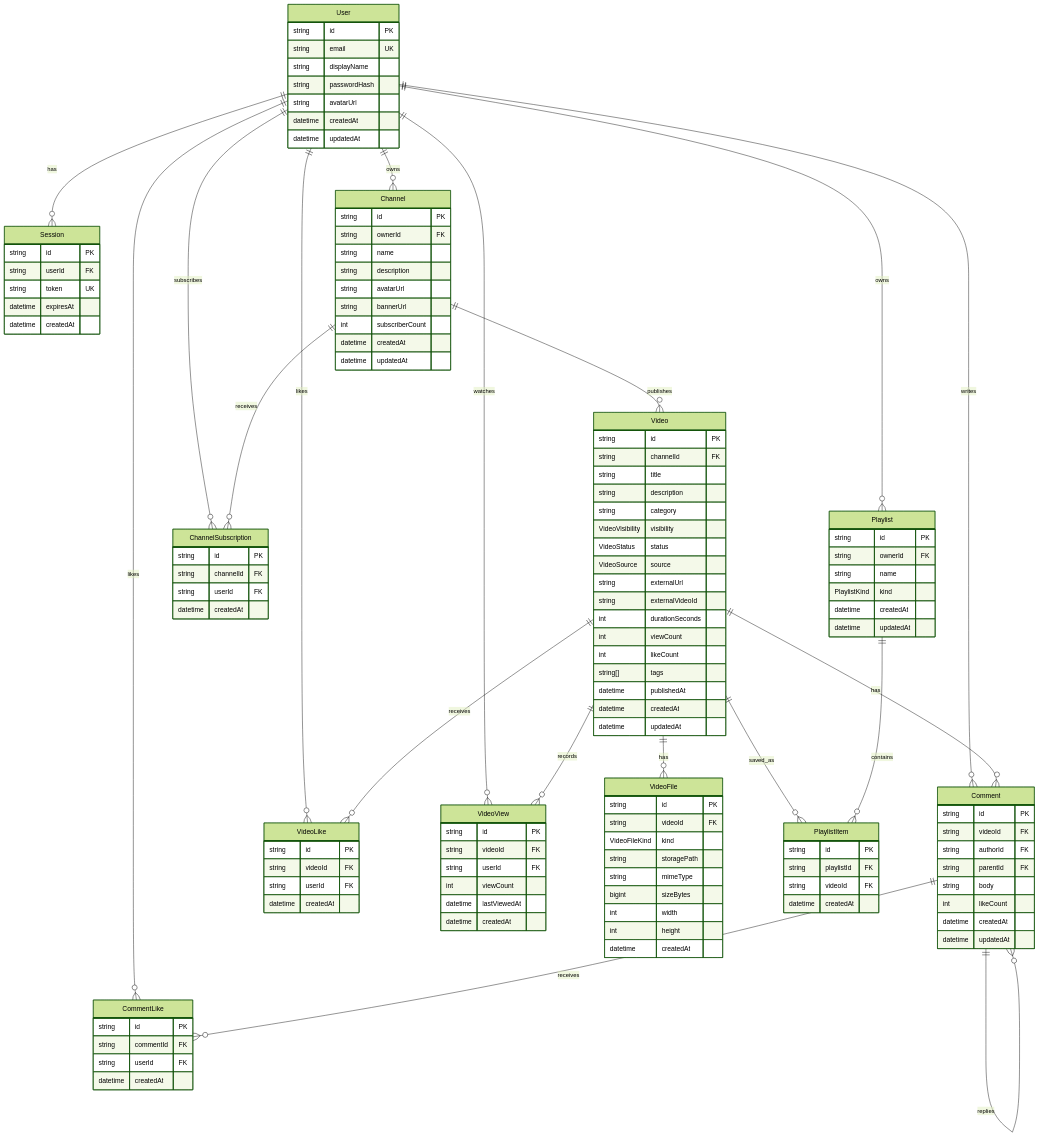
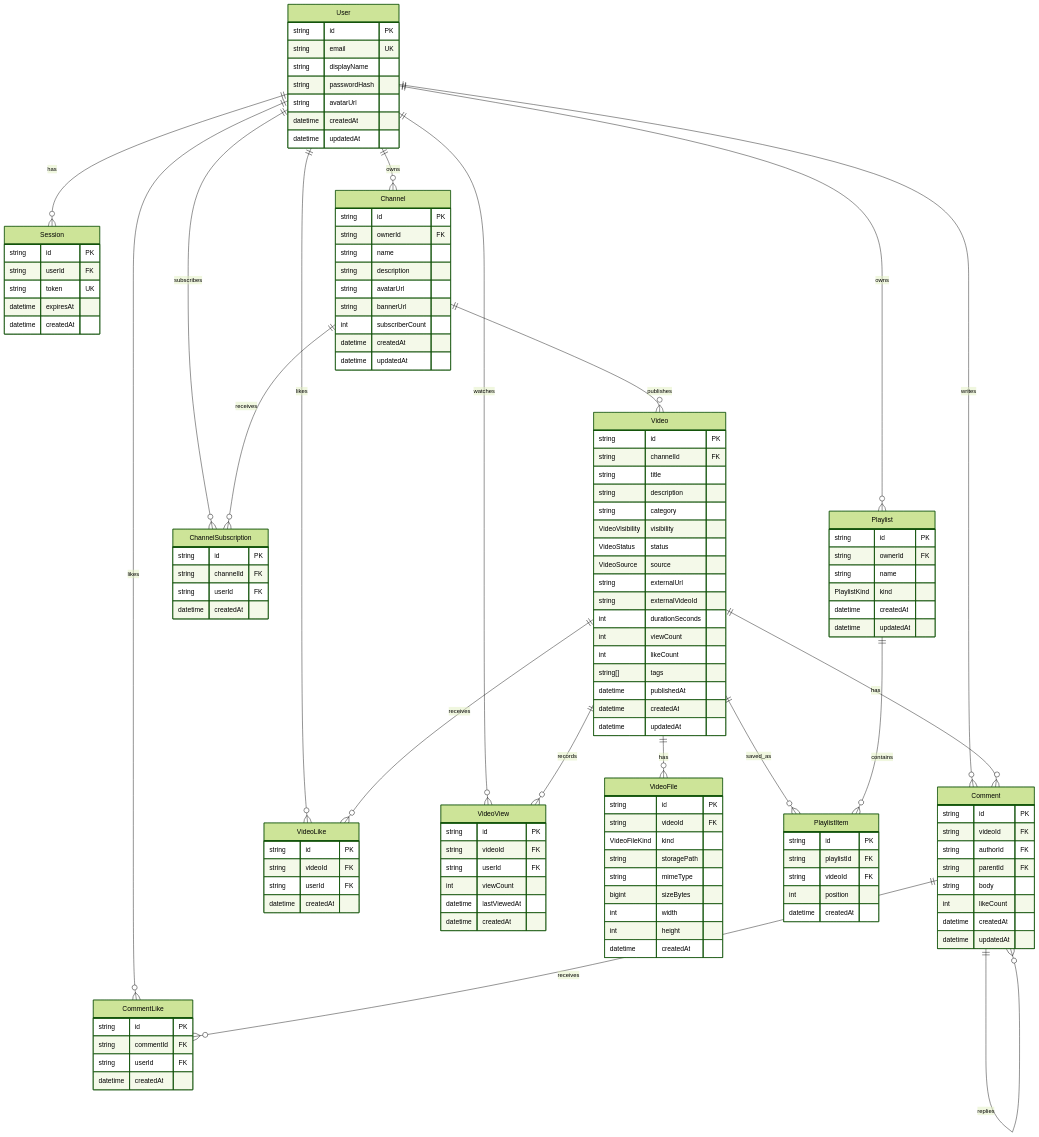
One commit to rogerthat2578/jjobtub changed the diagram in docs/database-erd.md. Above: the diagram before and after it, drawn with Mermaid (forest theme). The commit also changed 13 other files, not shown here.

```diff
--- a/docs/database-erd.md
+++ b/docs/database-erd.md
@@ -91,6 +91,7 @@
     string id PK
     string playlistId FK
     string videoId FK
+    int position
     datetime createdAt
   }
 
```
